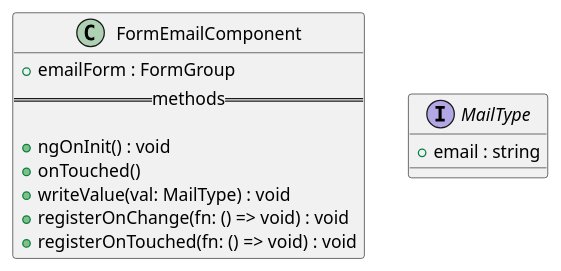
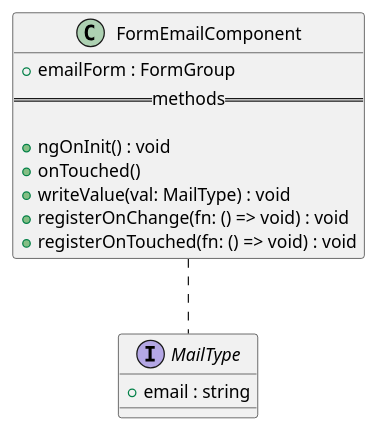
The diagram in docs/diagrams/view/components/FormEmailComponent.pu (GruppOne/stalker-web-app), drawn with PlantUML before and after one commit. The commit also changed 2 other files, not shown here.

Commit message:
docs: add packages and fix class diagrams

```diff
--- a/docs/diagrams/view/components/FormEmailComponent.pu
+++ b/docs/diagrams/view/components/FormEmailComponent.pu
@@ -1,16 +1,18 @@
 @startuml FormEmailComponent diagram
 class FormEmailComponent {
   + emailForm : FormGroup
   ==methods==
 
   + ngOnInit() : void
   + onTouched()
   + writeValue(val: MailType) : void
   + registerOnChange(fn: () => void) : void
   + registerOnTouched(fn: () => void) : void
 }
 
 interface MailType {
   + email : string
 }
+
+FormEmailComponent .. MailType
 @enduml
```
